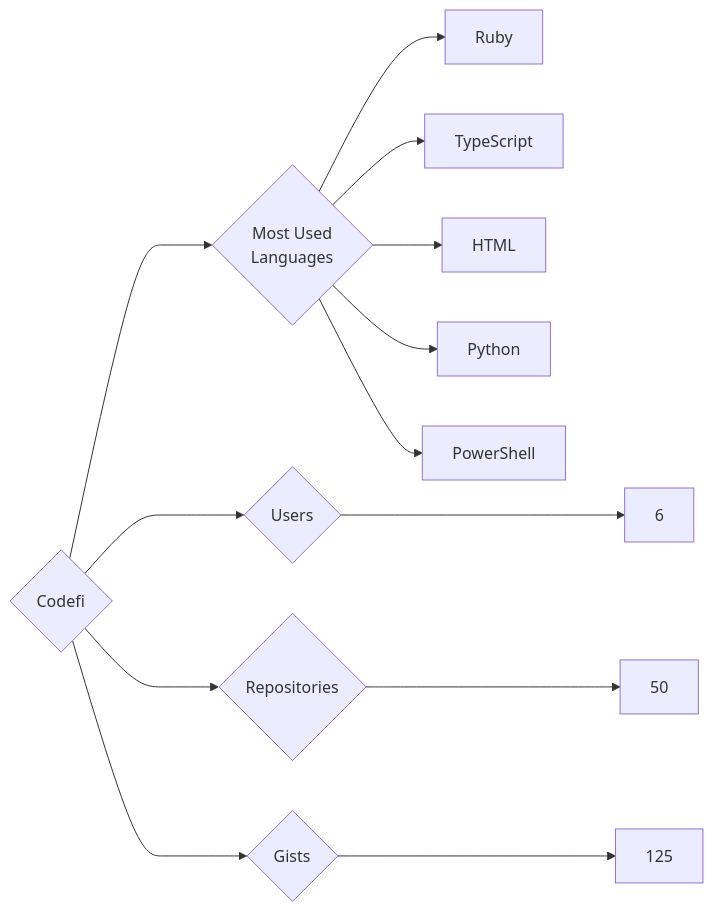
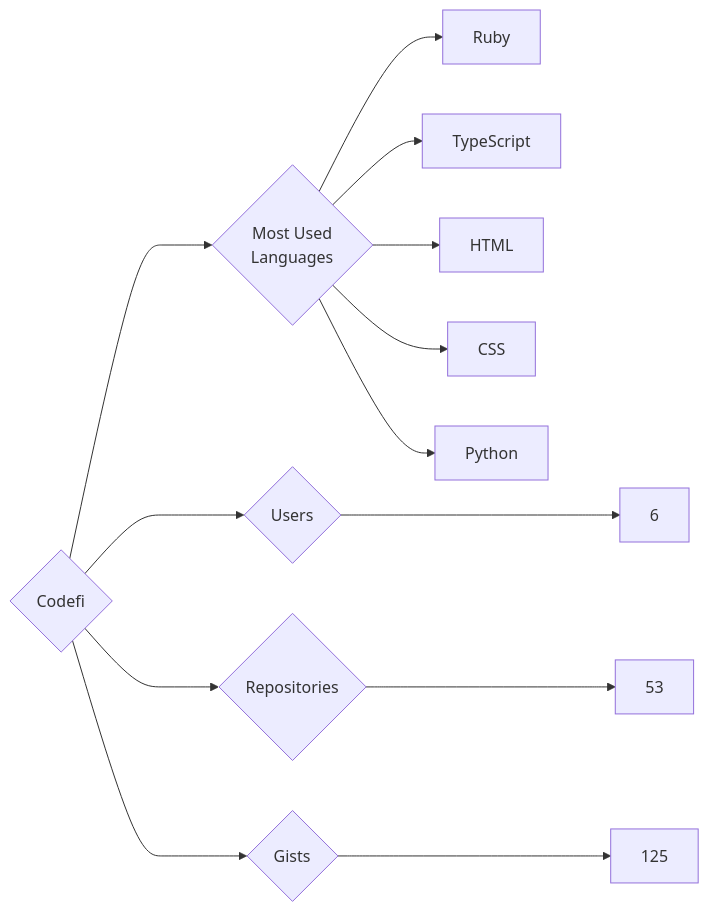
Before and after one commit to trickest/insiders: the diagram in targets/Codefi/README.md, drawn with Mermaid. The commit also changed 714 other files, not shown here.

````diff
--- a/targets/Codefi/README.md
+++ b/targets/Codefi/README.md
@@ -3,13 +3,13 @@
 ```mermaid
 graph LR
 COMPANY_NAME{Codefi}
 COMPANY_NAME ---> U{Users} ---> UN[6]
-COMPANY_NAME ---> R{Repositories} ---> RN[50]
+COMPANY_NAME ---> R{Repositories} ---> RN[53]
 COMPANY_NAME ---> G{Gists} ---> GN[125]
 COMPANY_NAME ---> ML{Most Used<br>Languages}
 ML --> Ruby[Ruby]
 ML --> TypeScript[TypeScript]
 ML --> HTML[HTML]
+ML --> CSS[CSS]
 ML --> Python[Python]
-ML --> PowerShell[PowerShell]
 ```
````
